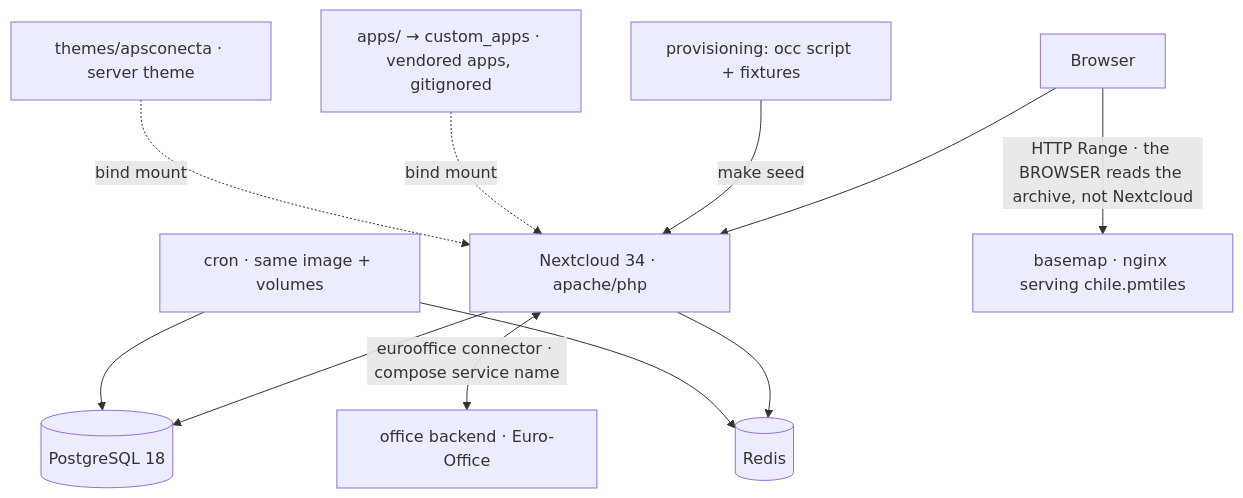
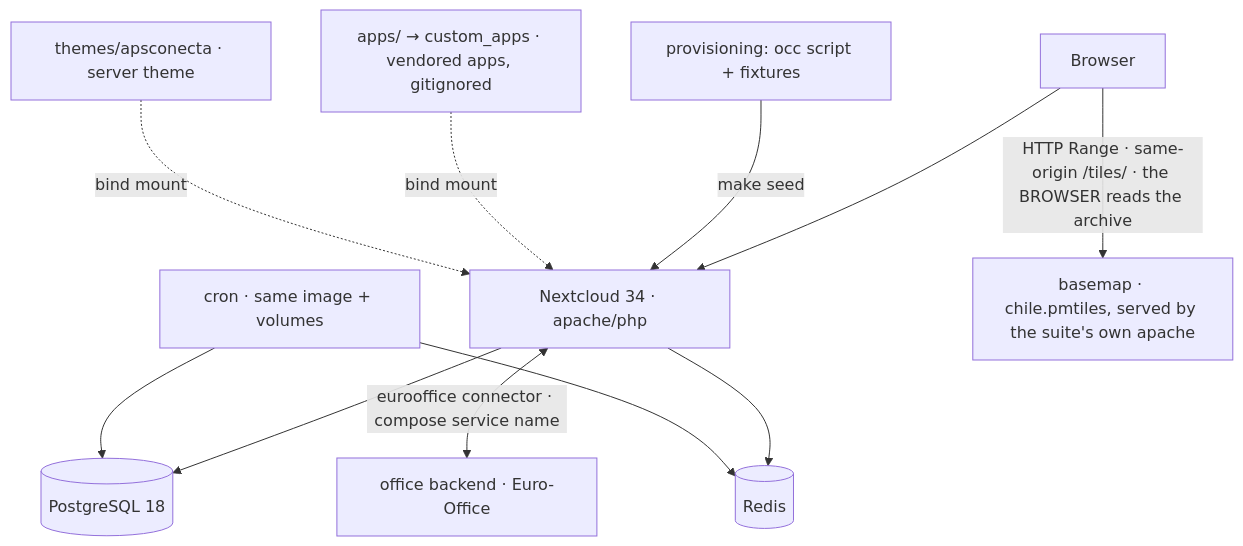
One commit to APS-Conecta/gestion changed the first of 2 diagrams in docs/ARCHITECTURE.md. Above: the diagram before and after it, drawn with Mermaid. The commit also changed other lines of this file and 26 other files, not shown here.

First line of the commit message:
feat(installer): the map is the suite's own /tiles/ route — the nginx tiles server goes (L5 S3) (#232)

````diff
--- a/docs/ARCHITECTURE.md
+++ b/docs/ARCHITECTURE.md
@@ -74,13 +74,13 @@
 ```mermaid
 graph TD
   B[Browser] --> NC[Nextcloud 34 · apache/php]
   NC --> PG[(PostgreSQL 18)]
   NC --> R[(Redis)]
   CR[cron · same image + volumes] --> PG
   CR --> R
   NC <-->|eurooffice connector · compose service name| C[office backend · Euro-Office]
-  B -->|HTTP Range · the BROWSER reads the archive, not Nextcloud| TI[basemap · nginx serving chile.pmtiles]
+  B -->|HTTP Range · same-origin /tiles/ · the BROWSER reads the archive| TI[basemap · chile.pmtiles, served by the suite's own apache]
   PROV[provisioning: occ script + fixtures] -->|make seed| NC
   A[apps/ → custom_apps · vendored apps, gitignored] -.bind mount.-> NC
   T[themes/apsconecta · server theme] -.bind mount.-> NC
 ```
````
